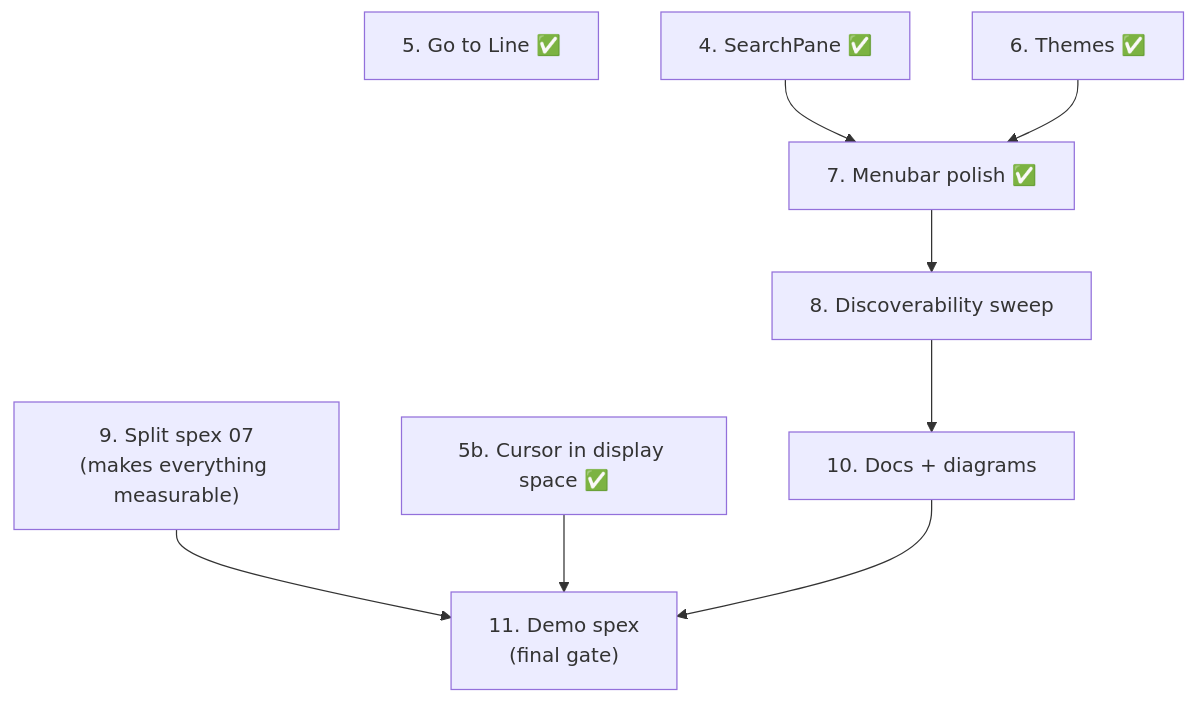
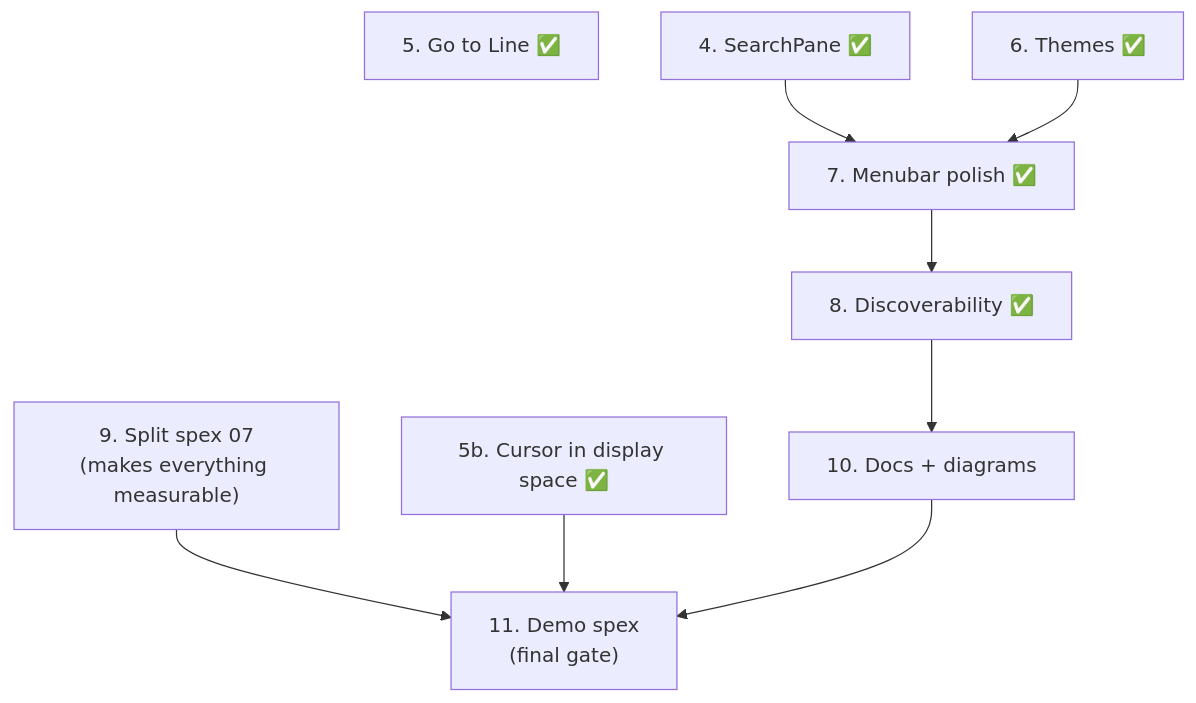
The first of 2 diagrams in docs/ROADMAP_1.0.md (JediLuke/quillex), drawn with Mermaid before and after one commit. The commit also changed other lines of this file and 7 other files, not shown here.

````diff
--- a/docs/ROADMAP_1.0.md
+++ b/docs/ROADMAP_1.0.md
@@ -635,11 +649,11 @@
 ```mermaid
 flowchart TB
     S5["5. Go to Line ✅"]
     S9["9. Split spex 07<br/>(makes everything measurable)"] --> S11
     S4["4. SearchPane ✅"] --> S7["7. Menubar polish"]
     S5b["5b. Cursor in display space ✅"] --> S11
     S6["6. Themes ✅"] --> S7
     S7["7. Menubar polish ✅"] --> S8["8. Discoverability sweep"]
-    S8 --> S10["10. Docs + diagrams"]
+    S8["8. Discoverability ✅"] --> S10["10. Docs + diagrams"]
     S10 --> S11["11. Demo spex<br/>(final gate)"]
 ```
````
